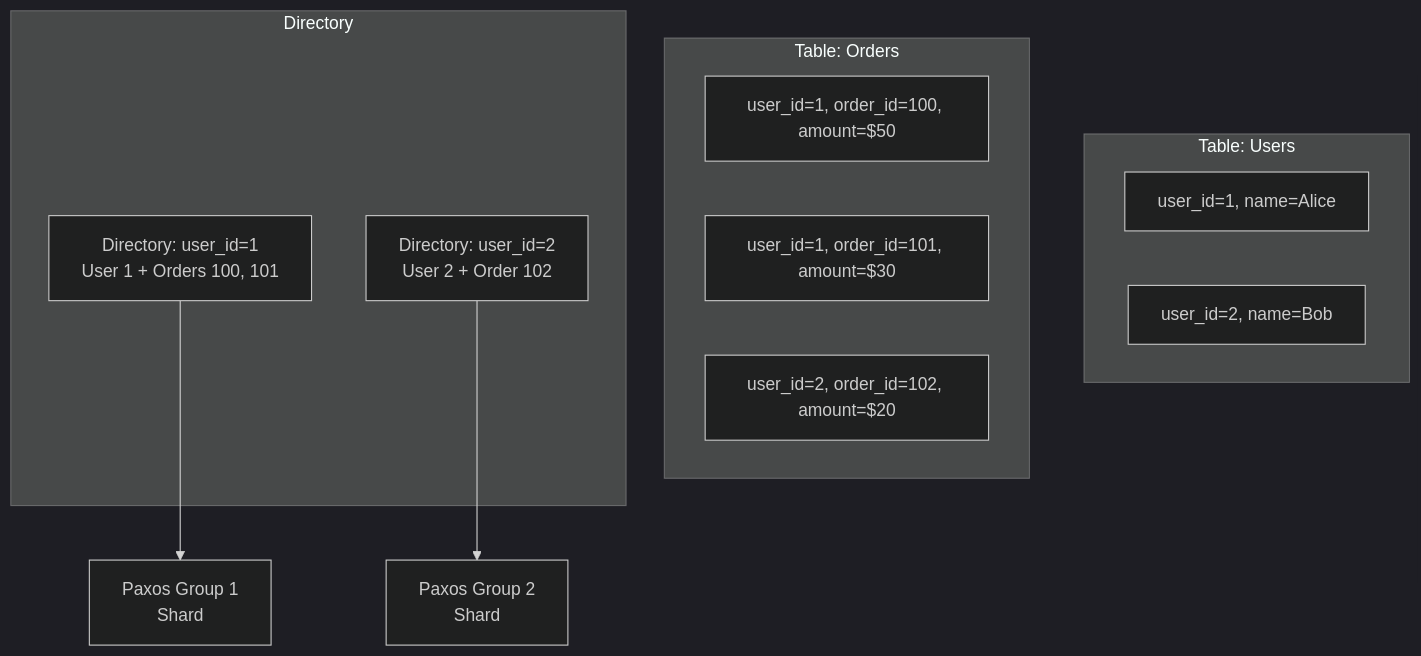
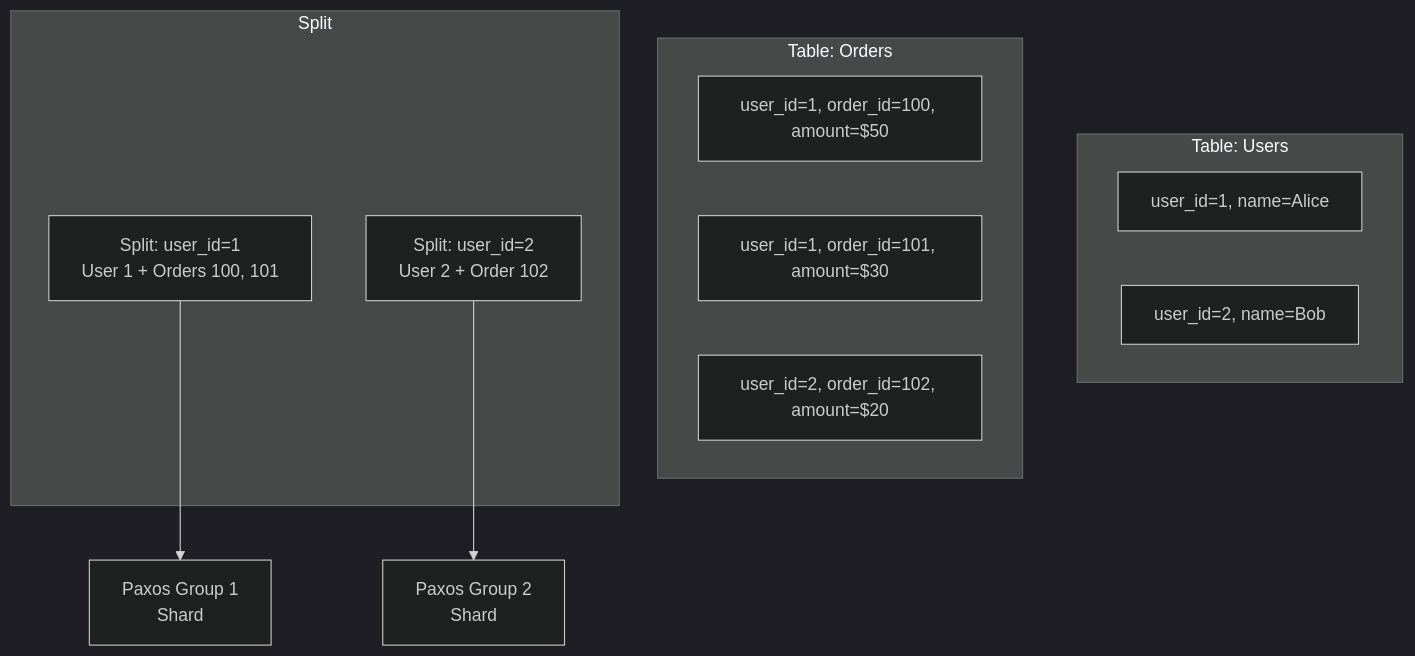
Before and after one commit to Chandra179/gitbook: the second of 4 diagrams in database/deep-dives/spanner.md, drawn with Mermaid (dark theme). The commit also changed other lines of this file and 28 other files, not shown here.

````diff
--- a/database/deep-dives/spanner.md
+++ b/database/deep-dives/spanner.md
@@ -34,18 +48,18 @@
 ```mermaid
 graph TD
     subgraph "Table: Users"
         U1[user_id=1, name=Alice]
         U2[user_id=2, name=Bob]
     end
     subgraph "Table: Orders"
         O1[user_id=1, order_id=100, amount=$50]
         O2[user_id=1, order_id=101, amount=$30]
         O3[user_id=2, order_id=102, amount=$20]
     end
-    subgraph "Directory"
-        D1[Directory: user_id=1<br/>User 1 + Orders 100, 101]
-        D2[Directory: user_id=2<br/>User 2 + Order 102]
+    subgraph "Split"
+        D1[Split: user_id=1<br/>User 1 + Orders 100, 101]
+        D2[Split: user_id=2<br/>User 2 + Order 102]
     end
     D1 --> P1[Paxos Group 1<br/>Shard]
     D2 --> P2[Paxos Group 2<br/>Shard]
 ```
````
